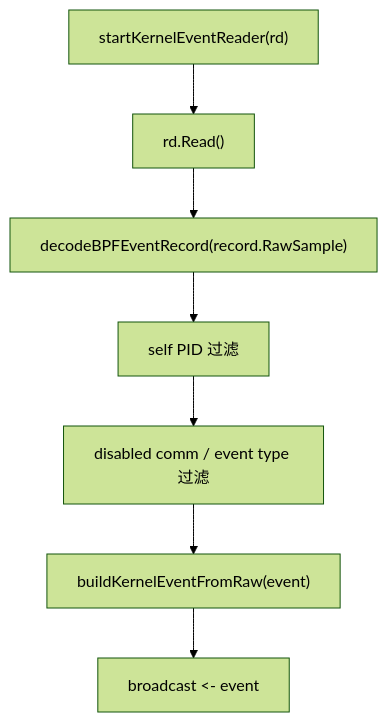
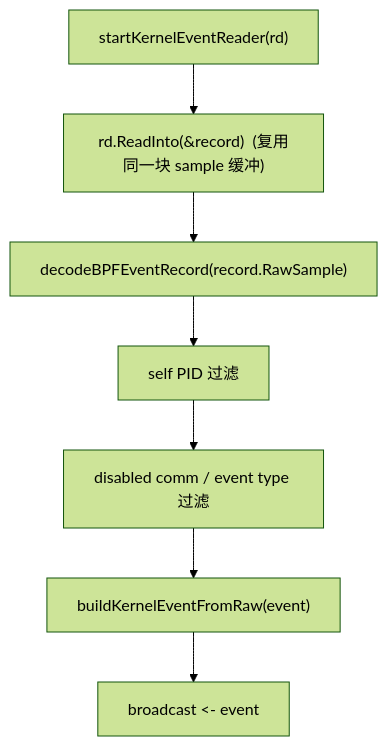
The diagram in docs/backend/event-pipeline.md (stevessr/agent-ebpf-filter), drawn with Mermaid (forest theme) before and after one commit. The commit also changed other lines of this file and 11 other files, not shown here.

First line of the commit message:
perf(events): decode kernel events without per-event copies

````diff
--- a/docs/backend/event-pipeline.md
+++ b/docs/backend/event-pipeline.md
@@ -9,9 +9,9 @@
 ```mermaid
 flowchart TD
-    Start["startKernelEventReader(rd)"] --> Read["rd.Read()"]
+    Start["startKernelEventReader(rd)"] --> Read["rd.ReadInto(&record)  (复用同一块 sample 缓冲)"]
     Read --> Decode["decodeBPFEventRecord(record.RawSample)"]
     Decode --> SelfFilter["self PID 过滤"]
     SelfFilter --> DisabledFilter["disabled comm / event type 过滤"]
     DisabledFilter --> Build["buildKernelEventFromRaw(event)"]
     Build --> Broadcast["broadcast &lt;- event"]
 ```
````
